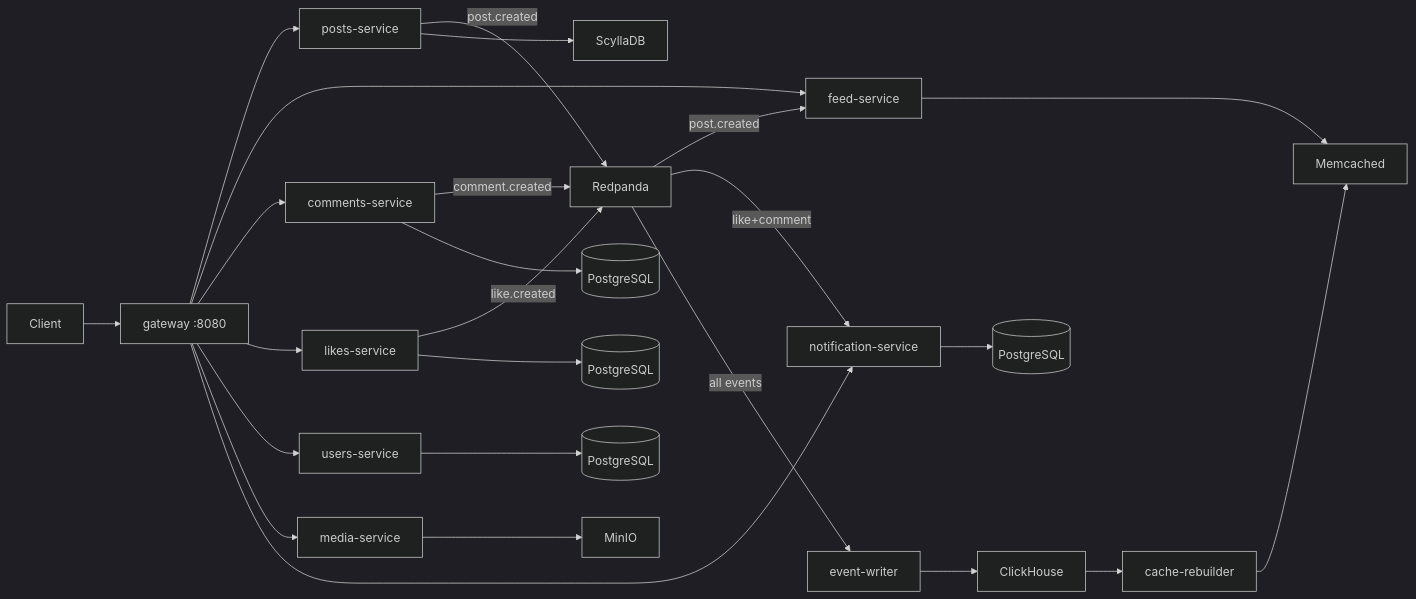
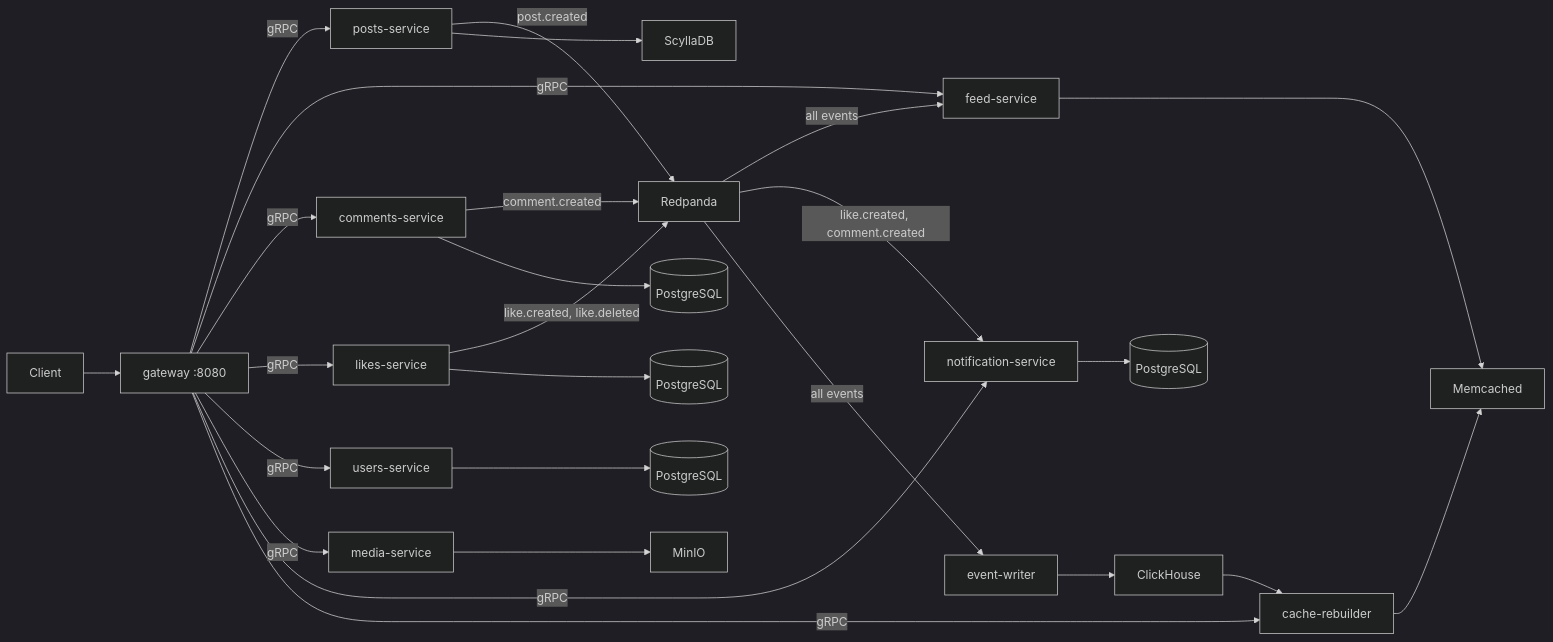
The diagram in README.md (vahan-sahakyan/distributed-social-network), drawn with Mermaid (dark theme) before and after one commit. The commit also changed other lines of this file and 6 other files, not shown here.

````diff
--- a/README.md
+++ b/README.md
@@ -7,31 +7,32 @@
 ```mermaid
 graph LR
     Client --> Gateway[gateway :8080]
-    Gateway --> Posts[posts-service]
-    Gateway --> Feed[feed-service]
-    Gateway --> Comments[comments-service]
-    Gateway --> Likes[likes-service]
-    Gateway --> Users[users-service]
-    Gateway --> Media[media-service]
-    Gateway --> Notif[notification-service]
+    Gateway -->|gRPC| Posts[posts-service]
+    Gateway -->|gRPC| Feed[feed-service]
+    Gateway -->|gRPC| Comments[comments-service]
+    Gateway -->|gRPC| Likes[likes-service]
+    Gateway -->|gRPC| Users[users-service]
+    Gateway -->|gRPC| Media[media-service]
+    Gateway -->|gRPC| Notif[notification-service]
+    Gateway -->|gRPC| CacheRebuilder[cache-rebuilder]
 
     Posts -->|post.created| Redpanda
     Comments -->|comment.created| Redpanda
-    Likes -->|like.created| Redpanda
+    Likes -->|like.created, like.deleted| Redpanda
 
-    Redpanda -->|post.created| Feed
-    Redpanda -->|like+comment| Notif
+    Redpanda -->|all events| Feed
+    Redpanda -->|like.created, comment.created| Notif
     Redpanda -->|all events| EventWriter[event-writer]
 
     EventWriter --> ClickHouse
-    ClickHouse --> CacheRebuilder[cache-rebuilder]
+    ClickHouse --> CacheRebuilder
     CacheRebuilder --> Memcached
     Feed --> Memcached
 
     Posts --> ScyllaDB
     Comments --> PG1[(PostgreSQL)]
     Likes --> PG2[(PostgreSQL)]
     Users --> PG3[(PostgreSQL)]
     Notif --> PG4[(PostgreSQL)]
     Media --> MinIO
 ```
````
